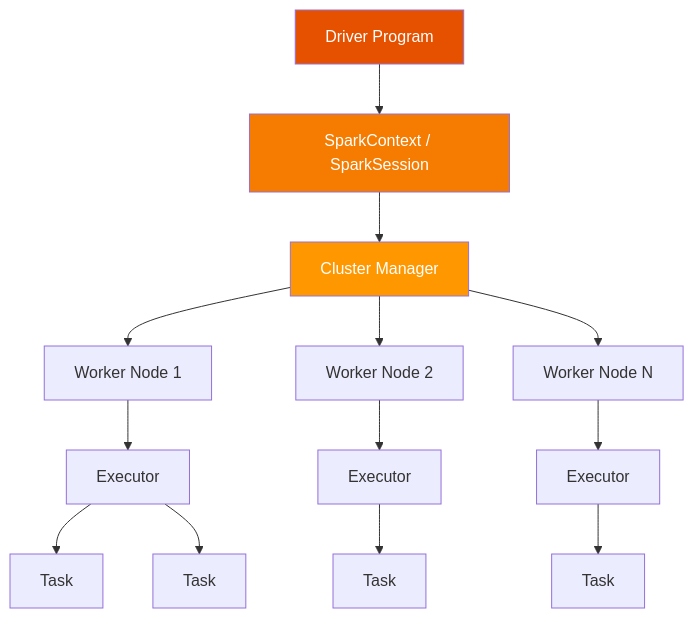
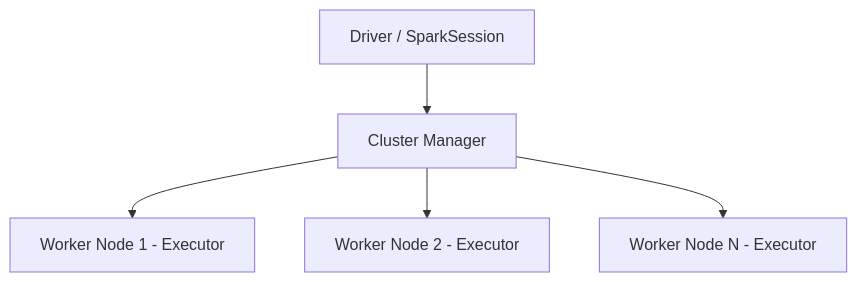
One commit to gustavofelisbino/Apache-Spark changed the diagram in docs/spark.md. Above: the diagram before and after it, drawn with Mermaid. The commit also changed other lines of this file and 4 other files, not shown here.

````diff
--- a/docs/spark.md
+++ b/docs/spark.md
@@ -13,19 +15,7 @@
 ```mermaid
 graph TD
-    A[Driver Program] --> B[SparkContext / SparkSession]
-    B --> C[Cluster Manager]
-    C --> D[Worker Node 1]
-    C --> E[Worker Node 2]
-    C --> F[Worker Node N]
-    D --> G[Executor]
-    E --> H[Executor]
-    F --> I[Executor]
-    G --> J[Task]
-    G --> K[Task]
-    H --> L[Task]
-    I --> M[Task]
-
-    style A fill:#e65100,color:#fff
-    style B fill:#f57c00,color:#fff
-    style C fill:#ff9800,color:#fff
+    A[Driver / SparkSession] --> B[Cluster Manager]
+    B --> C[Worker Node 1 - Executor]
+    B --> D[Worker Node 2 - Executor]
+    B --> E[Worker Node N - Executor]
 ```
````
